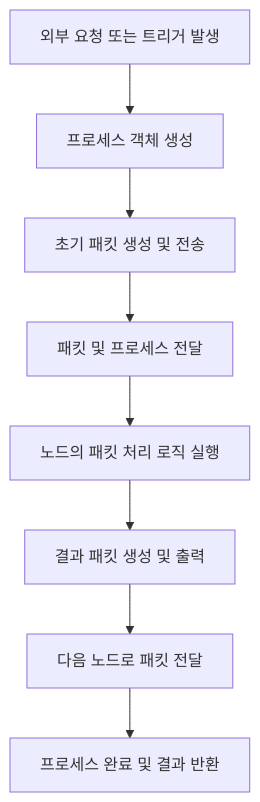
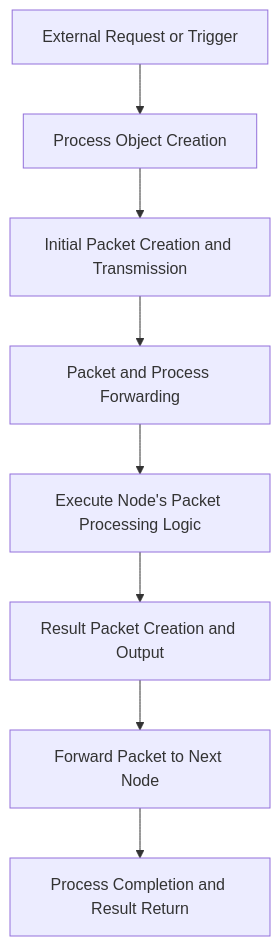
The eighth of 9 diagrams in docs/flowchart.md (siyul-park/uniflow), drawn with Mermaid before and after one commit. The commit also changed other lines of this file and 3 other files, not shown here.

````diff
--- a/docs/flowchart.md
+++ b/docs/flowchart.md
@@ -255,10 +256,10 @@
 ```mermaid
 flowchart TD
-    A["외부 요청 또는 트리거 발생"] --> B["프로세스 객체 생성"]
-    B --> C["초기 패킷 생성 및 전송"]
-    C --> D["패킷 및 프로세스 전달"]
-    D --> E["노드의 패킷 처리 로직 실행"]
-    E --> F["결과 패킷 생성 및 출력"]
-    F --> G["다음 노드로 패킷 전달"]
-    G --> H["프로세스 완료 및 결과 반환"]
+    A["External Request or Trigger"] --> B["Process Object Creation"]
+    B --> C["Initial Packet Creation and Transmission"]
+    C --> D["Packet and Process Forwarding"]
+    D --> E["Execute Node's Packet Processing Logic"]
+    E --> F["Result Packet Creation and Output"]
+    F --> G["Forward Packet to Next Node"]
+    G --> H["Process Completion and Result Return"]
 ```
````
